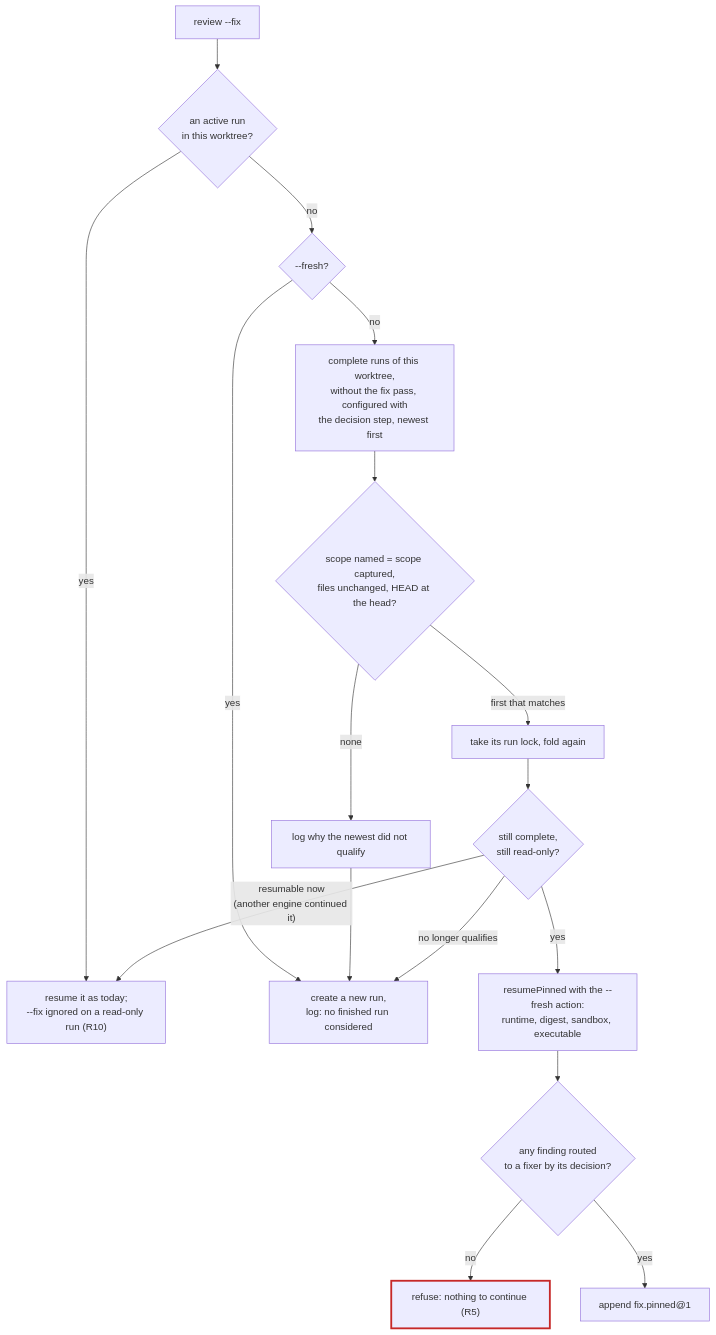
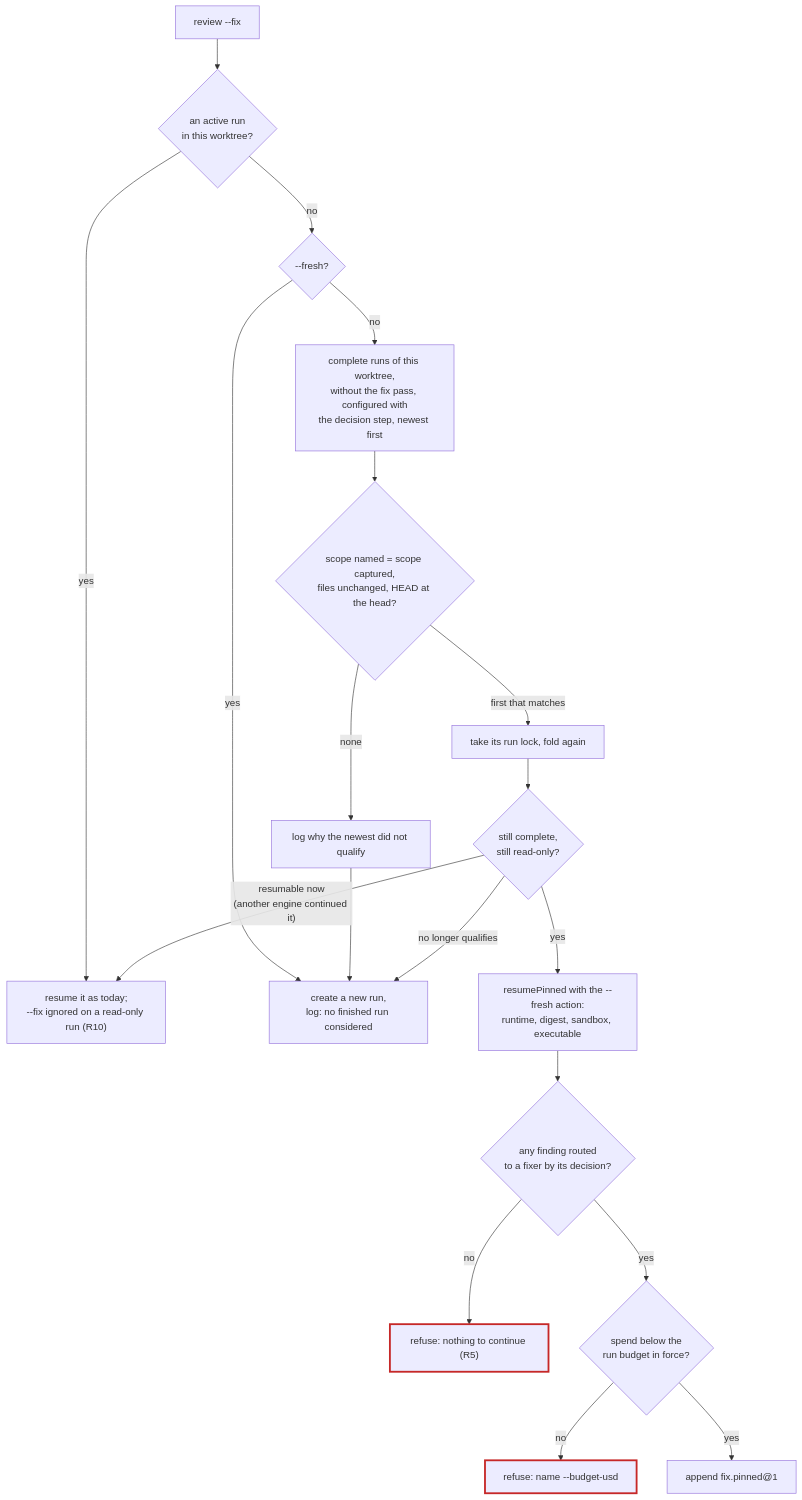
Before and after one commit to josephjang/deep-review: the first of 3 diagrams in docs/changes/2026-10-10-fix-pass-continuation.design.md, drawn with Mermaid. The commit also changed other lines of this file and 3 other files, not shown here.

First line of the commit message:
fix(review): Refuse a continuation whose spend reaches the run budget

````diff
--- a/docs/changes/2026-10-10-fix-pass-continuation.design.md
+++ b/docs/changes/2026-10-10-fix-pass-continuation.design.md
@@ -116,20 +116,22 @@
 ```mermaid
 flowchart TD
   start["review --fix <scope flags>"] --> active{"an active run<br/>in this worktree?"}
   active -- "yes" --> resume["resume it as today;<br/>--fix ignored on a read-only run (R10)"]
   active -- "no" --> fresh{"--fresh?"}
   fresh -- "yes" --> create["create a new run,<br/>log: no finished run considered"]
   fresh -- "no" --> candidates["complete runs of this worktree,<br/>without the fix pass, configured with<br/>the decision step, newest first"]
   candidates --> match{"scope named = scope captured,<br/>files unchanged, HEAD at the head?"}
   match -- "none" --> explain["log why the newest did not qualify"] --> create
   match -- "first that matches" --> lock["take its run lock, fold again"]
   lock --> still{"still complete,<br/>still read-only?"}
   still -- "resumable now<br/>(another engine continued it)" --> resume
   still -- "no longer qualifies" --> create
   still -- "yes" --> pins["resumePinned with the --fresh action:<br/>runtime, digest, sandbox, executable"]
   pins --> routed{"any finding routed<br/>to a fixer by its decision?"}
   routed -- "no" --> refuse["refuse: nothing to continue (R5)"]
-  routed -- "yes" --> pin["append fix.pinned@1"]
+  routed -- "yes" --> budget{"spend below the<br/>run budget in force?"}
+  budget -- "no" --> overspent["refuse: name --budget-usd"]
+  budget -- "yes" --> pin["append fix.pinned@1"]
   classDef bad stroke:#c62828,stroke-width:3px
-  class refuse bad
+  class refuse,overspent bad
 ```
````
